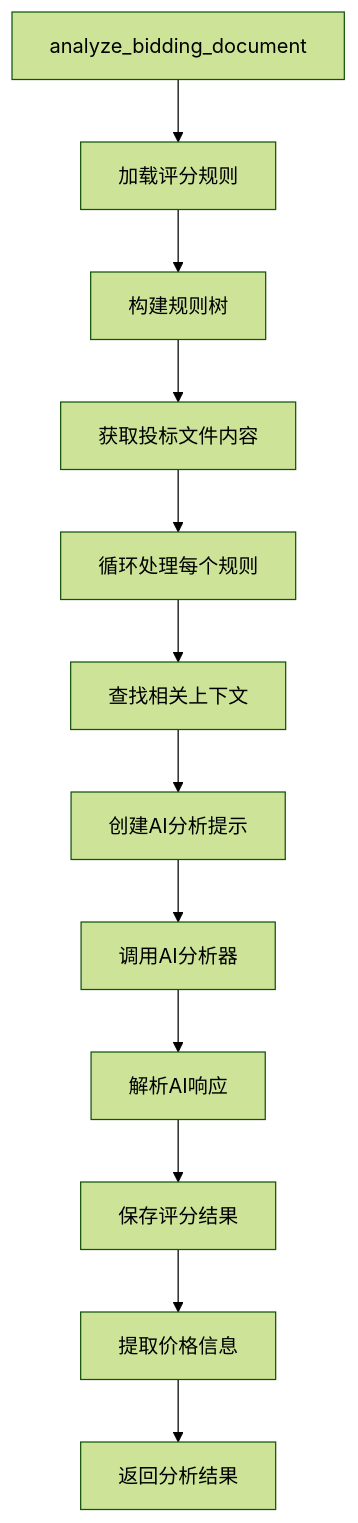
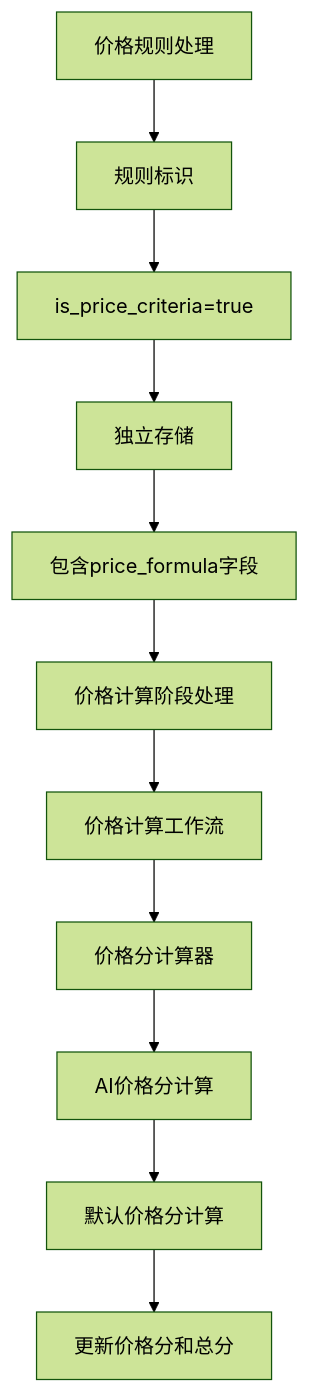
One commit to zhd5258/AI_env2 changed the tenth of 16 diagrams in docs/流程图.md. Above: the diagram before and after it, drawn with Mermaid (forest theme). The commit also changed other lines of this file and 42 other files, not shown here.

````diff
--- a/docs/流程图.md
+++ b/docs/流程图.md
@@ -132,14 +152,13 @@
 ```mermaid
 graph TD
-    A[analyze_bidding_document] --> B[加载评分规则]
-    B --> C[构建规则树]
-    C --> D[获取投标文件内容]
-    D --> E[循环处理每个规则]
-    E --> F[查找相关上下文]
-    F --> G[创建AI分析提示]
-    G --> H[调用AI分析器]
-    H --> I[解析AI响应]
-    I --> J[保存评分结果]
-    J --> K[提取价格信息]
-    K --> L[返回分析结果]
+    A[价格规则处理] --> B[规则标识]
+    B --> C[is_price_criteria=true]
+    C --> D[独立存储]
+    D --> E[包含price_formula字段]
+    E --> F[价格计算阶段处理]
+    F --> G[价格计算工作流]
+    G --> H[价格分计算器]
+    H --> I[AI价格分计算]
+    I --> J[默认价格分计算]
+    J --> K[更新价格分和总分]
 ```
````
